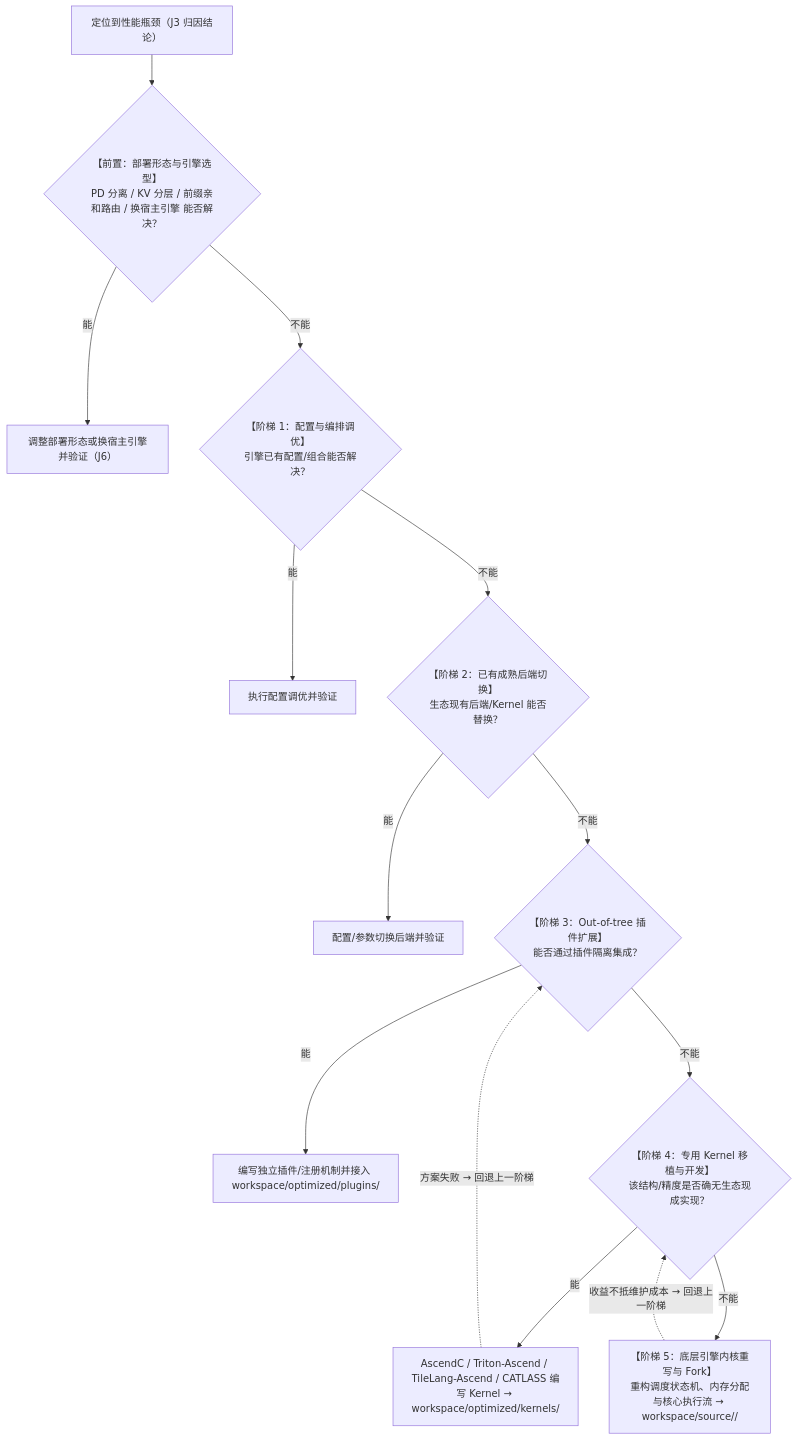
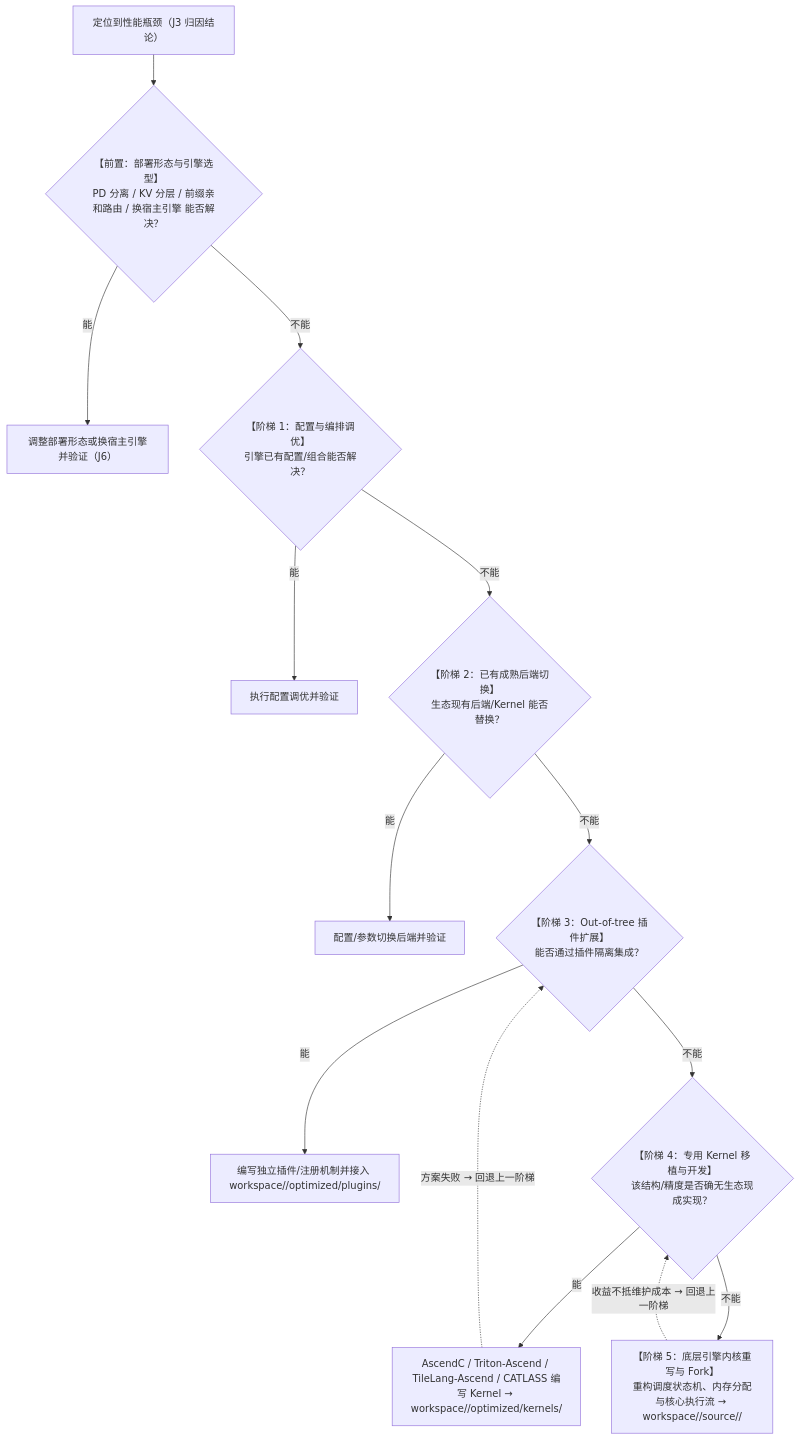
Before and after one commit to SummerTea/ascend-infer-pilot: the second of 2 diagrams in docs/01-pipeline-and-ledger.md, drawn with Mermaid. The commit also changed other lines of this file and 14 other files, not shown here.

````diff
--- a/docs/01-pipeline-and-ledger.md
+++ b/docs/01-pipeline-and-ledger.md
@@ -182,16 +182,16 @@
 ```mermaid
 flowchart TD
     Start["定位到性能瓶颈（J3 归因结论）"] --> Pre{"【前置：部署形态与引擎选型】<br/>PD 分离 / KV 分层 / 前缀亲和路由 / 换宿主引擎 能否解决？"}
     Pre --"能"--> Done0["调整部署形态或换宿主引擎并验证（J6）"]
     Pre --"不能"--> Step1{"【阶梯 1：配置与编排调优】<br/>引擎已有配置/组合能否解决？"}
     Step1 --"能"--> Done1["执行配置调优并验证"]
     Step1 --"不能"--> Step2{"【阶梯 2：已有成熟后端切换】<br/>生态现有后端/Kernel 能否替换？"}
     Step2 --"能"--> Done2["配置/参数切换后端并验证"]
     Step2 --"不能"--> Step3{"【阶梯 3：Out-of-tree 插件扩展】<br/>能否通过插件隔离集成？"}
-    Step3 --"能"--> Done3["编写独立插件/注册机制并接入 workspace/optimized/plugins/"]
+    Step3 --"能"--> Done3["编写独立插件/注册机制并接入 workspace/<scenario-id>/optimized/plugins/"]
     Step3 --"不能"--> Step4{"【阶梯 4：专用 Kernel 移植与开发】<br/>该结构/精度是否确无生态现成实现？"}
-    Step4 --"能"--> Done4["AscendC / Triton-Ascend / TileLang-Ascend / CATLASS 编写 Kernel → workspace/optimized/kernels/"]
-    Step4 --"不能"--> Step5["【阶梯 5：底层引擎内核重写与 Fork】<br/>重构调度状态机、内存分配与核心执行流 → workspace/source/<engine>/"]
+    Step4 --"能"--> Done4["AscendC / Triton-Ascend / TileLang-Ascend / CATLASS 编写 Kernel → workspace/<scenario-id>/optimized/kernels/"]
+    Step4 --"不能"--> Step5["【阶梯 5：底层引擎内核重写与 Fork】<br/>重构调度状态机、内存分配与核心执行流 → workspace/<scenario-id>/source/<engine>/"]
     Done4 -. "方案失败 → 回退上一阶梯" .-> Step3
     Step5 -. "收益不抵维护成本 → 回退上一阶梯" .-> Step4
 ```
````
